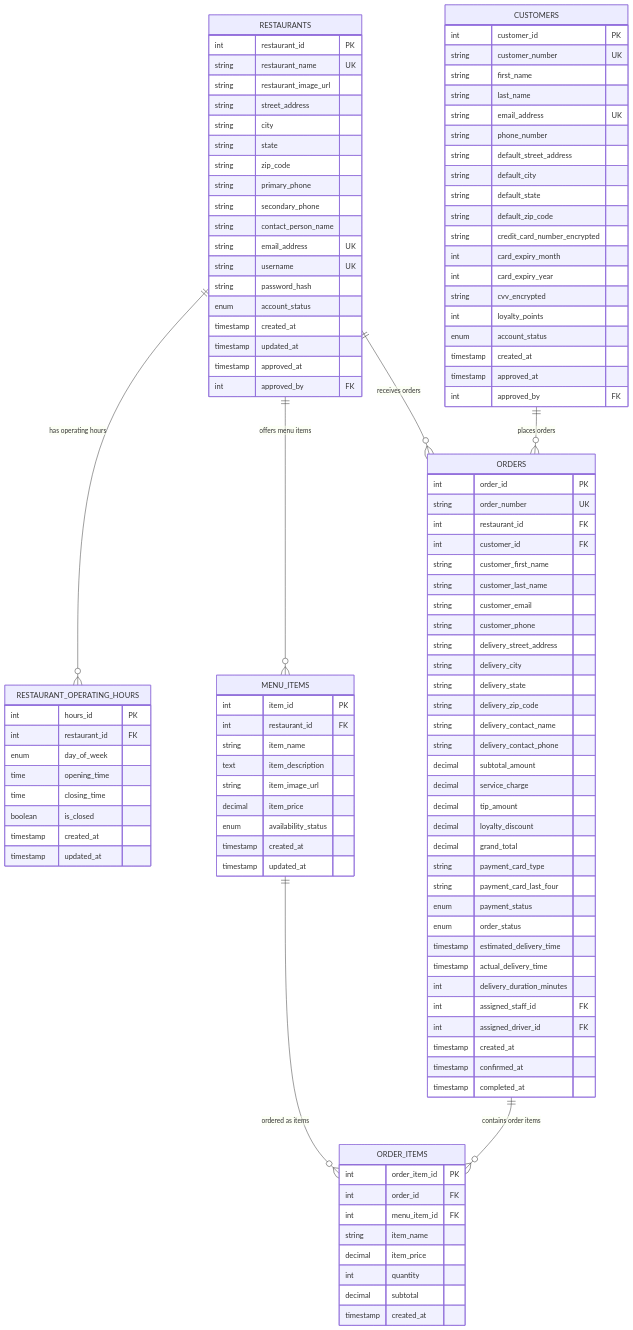
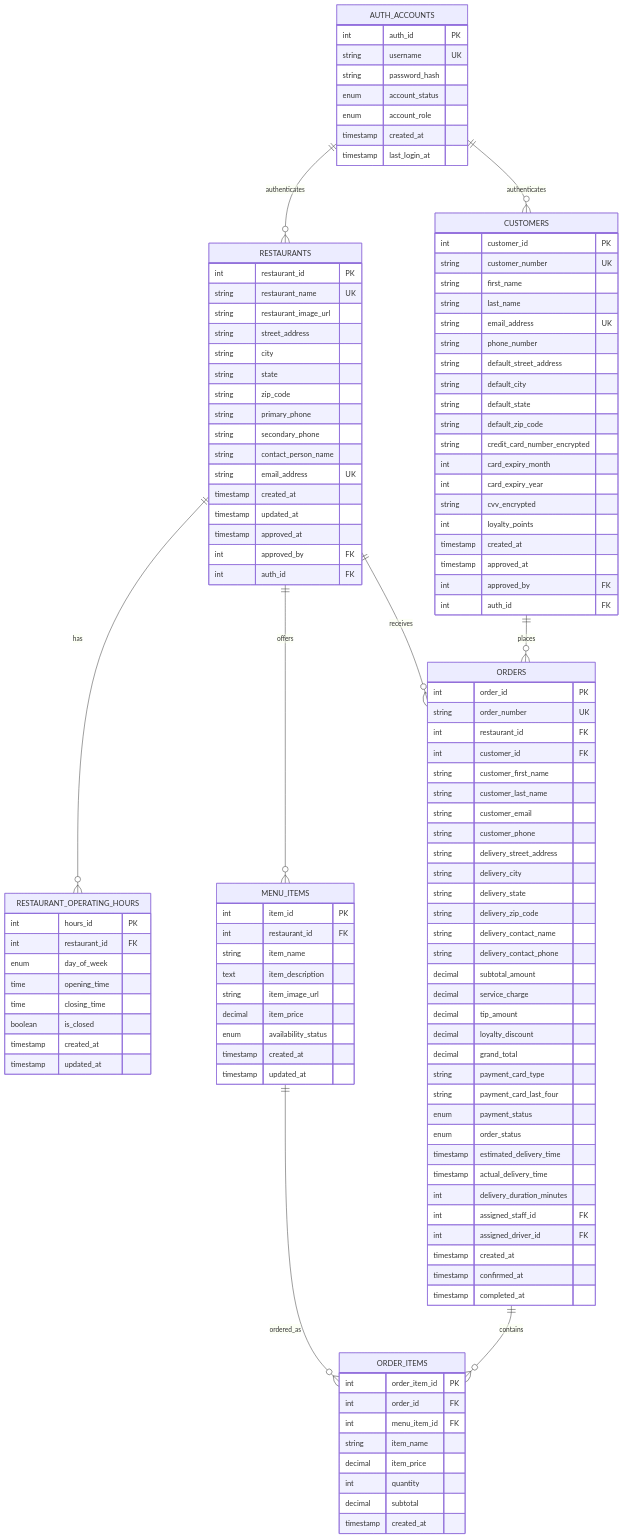
The first of 4 diagrams in docs/frontdash-database-design.md (kassi-bertrand/frontdash), drawn with Mermaid before and after one commit. The commit also changed other lines of this file, not shown here.

Commit message:
applied feedback

````diff
--- a/docs/frontdash-database-design.md
+++ b/docs/frontdash-database-design.md
@@ -499,5 +499,15 @@
 ```mermaid
 erDiagram
+    AUTH_ACCOUNTS {
+        int auth_id PK
+        string username UK
+        string password_hash
+        enum account_status
+        enum account_role
+        timestamp created_at
+        timestamp last_login_at
+    }
+
     RESTAURANTS {
         int restaurant_id PK
         string restaurant_name UK
@@ -510,13 +520,11 @@
         string secondary_phone
         string contact_person_name
         string email_address UK
-        string username UK
-        string password_hash
-        enum account_status
         timestamp created_at
         timestamp updated_at
         timestamp approved_at
         int approved_by FK
+        int auth_id FK
     }
     
     RESTAURANT_OPERATING_HOURS {
@@ -603,17 +611,20 @@
         int card_expiry_year
         string cvv_encrypted
         int loyalty_points
-        enum account_status
         timestamp created_at
         timestamp approved_at
         int approved_by FK
+        int auth_id FK
     }
     
-    %% Core Business Relationships
-    RESTAURANTS ||--o{ RESTAURANT_OPERATING_HOURS : "has operating hours"
-    RESTAURANTS ||--o{ MENU_ITEMS : "offers menu items"
-    RESTAURANTS ||--o{ ORDERS : "receives orders"
-    ORDERS ||--o{ ORDER_ITEMS : "contains order items"
-    MENU_ITEMS ||--o{ ORDER_ITEMS : "ordered as items"
-    CUSTOMERS ||--o{ ORDERS : "places orders"
+    AUTH_ACCOUNTS ||--o{ RESTAURANTS : authenticates
+    AUTH_ACCOUNTS ||--o{ CUSTOMERS : authenticates
+
+    RESTAURANTS ||--o{ RESTAURANT_OPERATING_HOURS : has
+    RESTAURANTS ||--o{ MENU_ITEMS : offers
+    RESTAURANTS ||--o{ ORDERS : receives
+    CUSTOMERS ||--o{ ORDERS : places
+    ORDERS ||--o{ ORDER_ITEMS : contains
+    MENU_ITEMS ||--o{ ORDER_ITEMS : ordered_as
+
 ```
````
